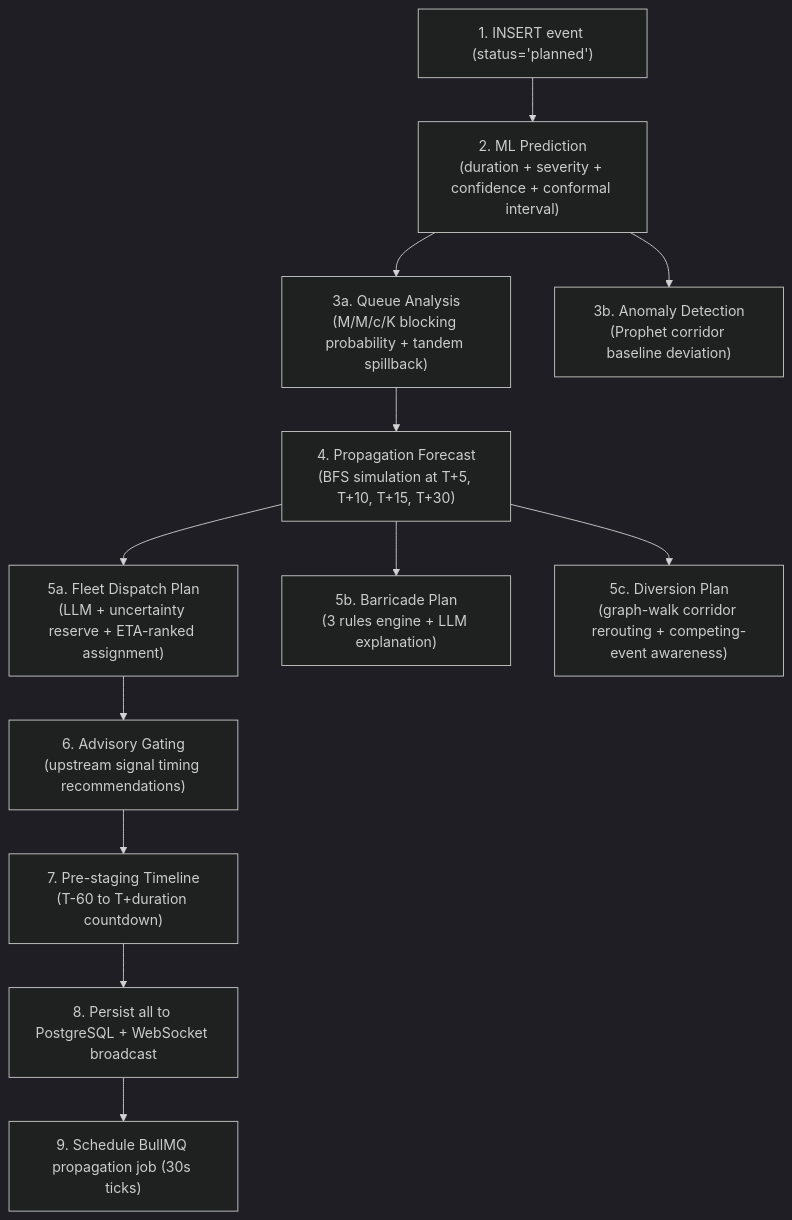
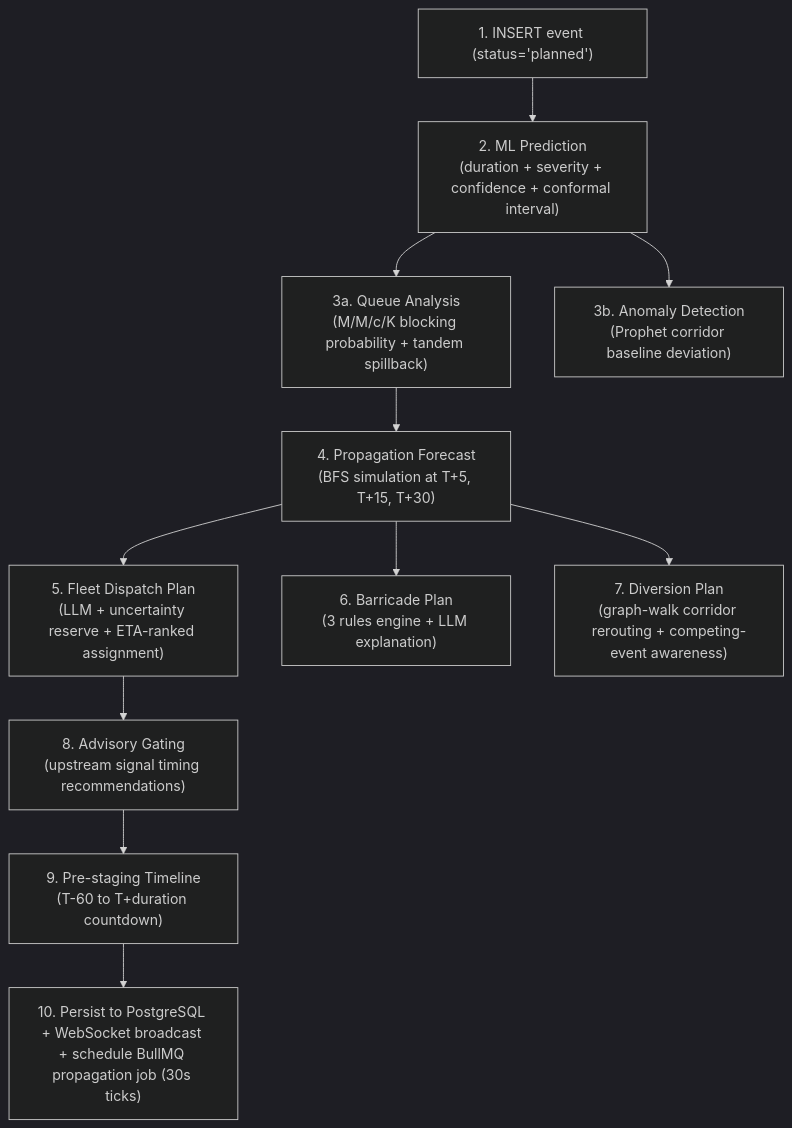
Before and after one commit to shantanu-1607/gridlock_prototype: the second of 8 diagrams in README.md, drawn with Mermaid (dark theme). The commit also changed other lines of this file and 5 other files, not shown here.

````diff
--- a/README.md
+++ b/README.md
@@ -292,15 +292,14 @@
 ```mermaid
 
 graph TD
     A["1. INSERT event (status='planned')"] --> B["2. ML Prediction<br/>(duration + severity + confidence + conformal interval)"]
     B --> C["3a. Queue Analysis<br/>(M/M/c/K blocking probability + tandem spillback)"]
     B --> C2["3b. Anomaly Detection<br/>(Prophet corridor baseline deviation)"]
-    C --> D["4. Propagation Forecast<br/>(BFS simulation at T+5, T+10, T+15, T+30)"]
-    D --> E["5a. Fleet Dispatch Plan<br/>(LLM + uncertainty reserve + ETA-ranked assignment)"]
-    D --> E2["5b. Barricade Plan<br/>(3 rules engine + LLM explanation)"]
-    D --> E3["5c. Diversion Plan<br/>(graph-walk corridor rerouting + competing-event awareness)"]
-    E --> F["6. Advisory Gating<br/>(upstream signal timing recommendations)"]
-    F --> G["7. Pre-staging Timeline<br/>(T-60 to T+duration countdown)"]
-    G --> H["8. Persist all to PostgreSQL + WebSocket broadcast"]
-    H --> I["9. Schedule BullMQ propagation job (30s ticks)"]
+    C --> D["4. Propagation Forecast<br/>(BFS simulation at T+5, T+15, T+30)"]
+    D --> E["5. Fleet Dispatch Plan<br/>(LLM + uncertainty reserve + ETA-ranked assignment)"]
+    D --> E2["6. Barricade Plan<br/>(3 rules engine + LLM explanation)"]
+    D --> E3["7. Diversion Plan<br/>(graph-walk corridor rerouting + competing-event awareness)"]
+    E --> F["8. Advisory Gating<br/>(upstream signal timing recommendations)"]
+    F --> G["9. Pre-staging Timeline<br/>(T-60 to T+duration countdown)"]
+    G --> H["10. Persist to PostgreSQL + WebSocket broadcast + schedule BullMQ propagation job (30s ticks)"]
 ```
````
